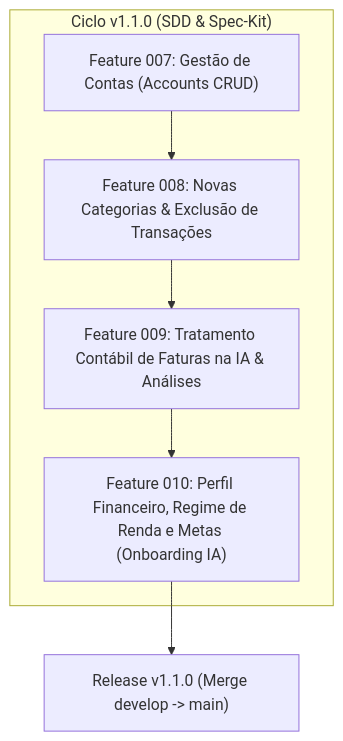
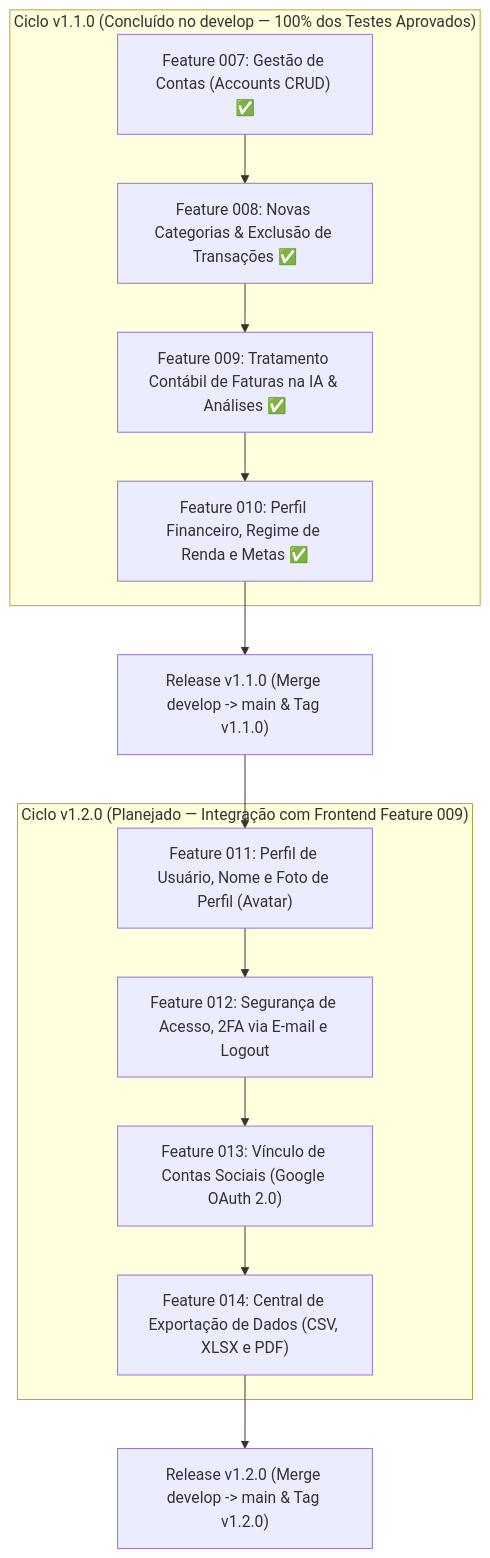
Before and after one commit to Projeto-TCC-Dash/projeto-backend-dashboard: the first of 2 diagrams in ROADMAP.md, drawn with Mermaid. The commit also changed other lines of this file, not shown here.

Commit message:
docs(roadmap): sincronizar ciclo v1.2.0 com features do frontend (perfil, 2fa, google auth e exportação)

````diff
--- a/ROADMAP.md
+++ b/ROADMAP.md
@@ -11,11 +19,24 @@
 ```mermaid
 flowchart TD
-    subgraph v1.1.0 ["Ciclo v1.1.0 (SDD & Spec-Kit)"]
-        F007["Feature 007: Gestão de Contas (Accounts CRUD)"]
-        F008["Feature 008: Novas Categorias & Exclusão de Transações"]
-        F009["Feature 009: Tratamento Contábil de Faturas na IA & Análises"]
-        F010["Feature 010: Perfil Financeiro, Regime de Renda e Metas (Onboarding IA)"]
+    subgraph v110 ["Ciclo v1.1.0 (Concluído no develop — 100% dos Testes Aprovados)"]
+        F007["Feature 007: Gestão de Contas (Accounts CRUD) ✅"]
+        F008["Feature 008: Novas Categorias & Exclusão de Transações ✅"]
+        F009["Feature 009: Tratamento Contábil de Faturas na IA & Análises ✅"]
+        F010["Feature 010: Perfil Financeiro, Regime de Renda e Metas ✅"]
     end
+
+    subgraph v120 ["Ciclo v1.2.0 (Planejado — Integração com Frontend Feature 009)"]
+        F011["Feature 011: Perfil de Usuário, Nome e Foto de Perfil (Avatar)"]
+        F012["Feature 012: Segurança de Acesso, 2FA via E-mail e Logout"]
+        F013["Feature 013: Vínculo de Contas Sociais (Google OAuth 2.0)"]
+        F014["Feature 014: Central de Exportação de Dados (CSV, XLSX e PDF)"]
+    end
+
     F007 --> F008 --> F009 --> F010
-    F010 --> Release["Release v1.1.0 (Merge develop -> main)"]
+    F010 --> Release110["Release v1.1.0 (Merge develop -> main & Tag v1.1.0)"]
+    Release110 --> F011
+    F011 --> F012
+    F012 --> F013
+    F013 --> F014
+    F014 --> Release120["Release v1.2.0 (Merge develop -> main & Tag v1.2.0)"]
 ```
````
